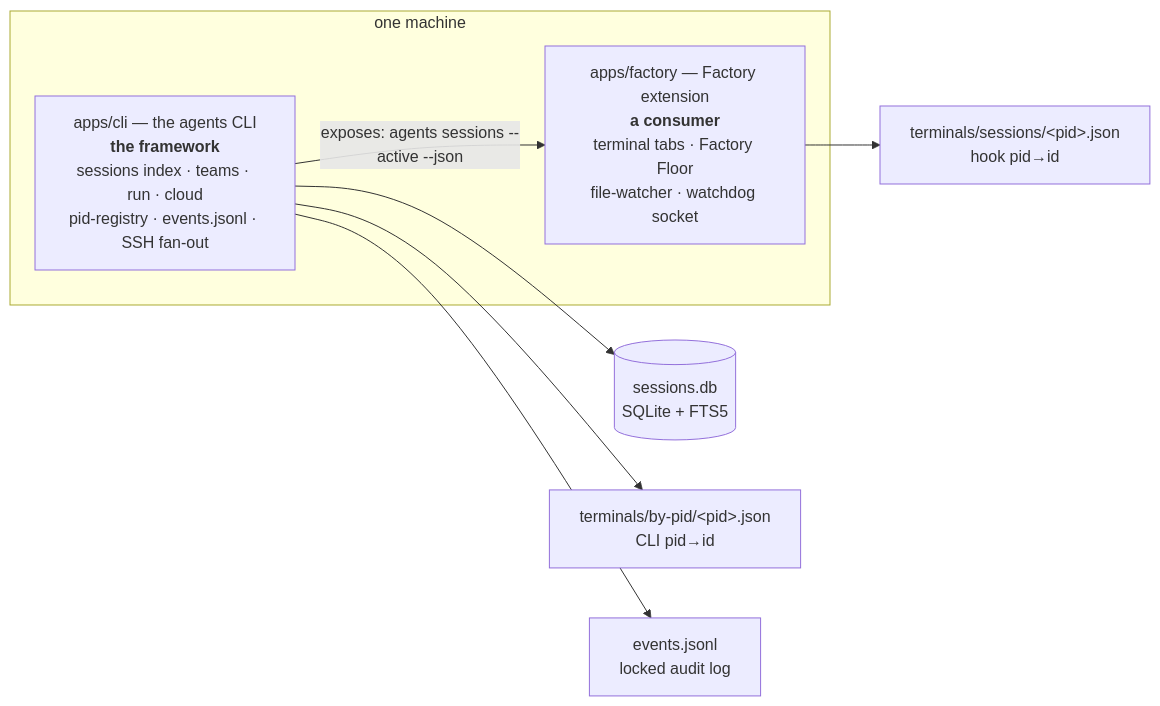
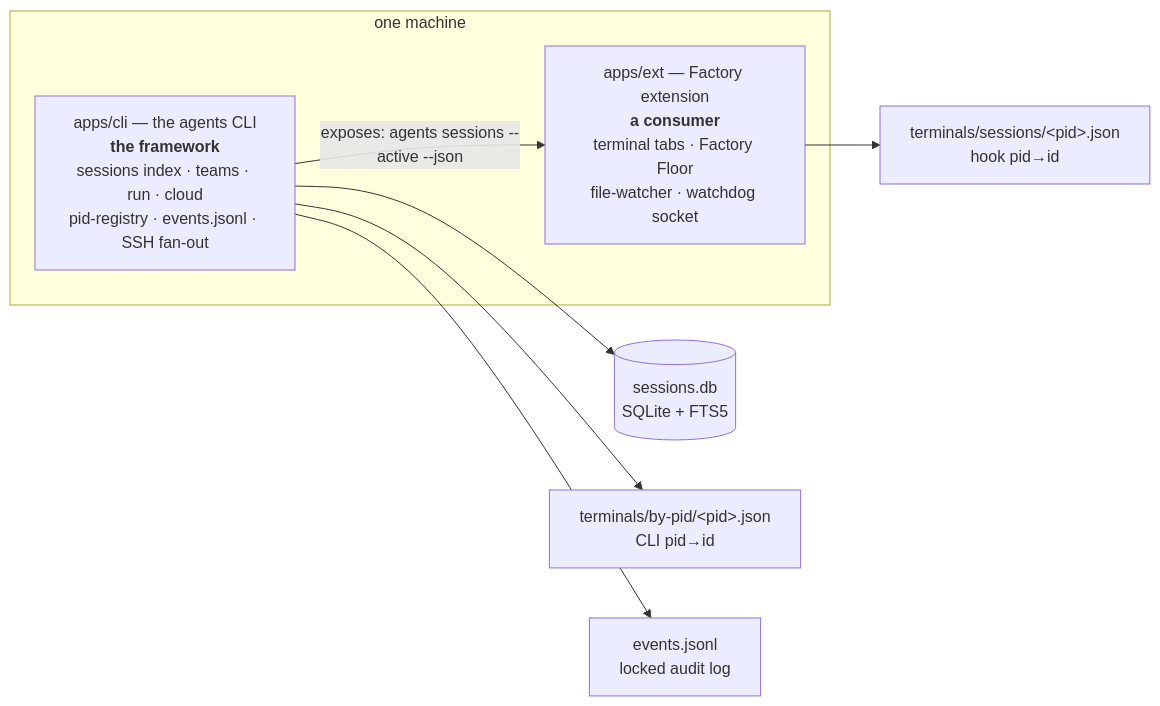
Before and after one commit to muqsitnawaz/agi-cli: the first of 2 diagrams in apps/cli/docs/architecture.md, drawn with Mermaid. The commit also changed other lines of this file and 33 other files, not shown here.

First line of the commit message:
refactor(ext): update apps/factory path references and CI scope key

````diff
--- a/apps/cli/docs/architecture.md
+++ b/apps/cli/docs/architecture.md
@@ -26,12 +26,12 @@
 ```mermaid
 flowchart LR
   subgraph machine["one machine"]
     CLI["apps/cli — the agents CLI<br/><b>the framework</b><br/>sessions index · teams · run · cloud<br/>pid-registry · events.jsonl · SSH fan-out"]
-    FAC["apps/factory — Factory extension<br/><b>a consumer</b><br/>terminal tabs · Factory Floor<br/>file-watcher · watchdog socket"]
+    FAC["apps/ext — Factory extension<br/><b>a consumer</b><br/>terminal tabs · Factory Floor<br/>file-watcher · watchdog socket"]
     CLI -- "exposes: agents sessions --active --json" --> FAC
   end
   CLI --> DB[("sessions.db<br/>SQLite + FTS5")]
   CLI --> BYPID["terminals/by-pid/&lt;pid&gt;.json<br/>CLI pid→id"]
   FAC --> SESS["terminals/sessions/&lt;pid&gt;.json<br/>hook pid→id"]
   CLI --> EV["events.jsonl<br/>locked audit log"]
 ```
````
